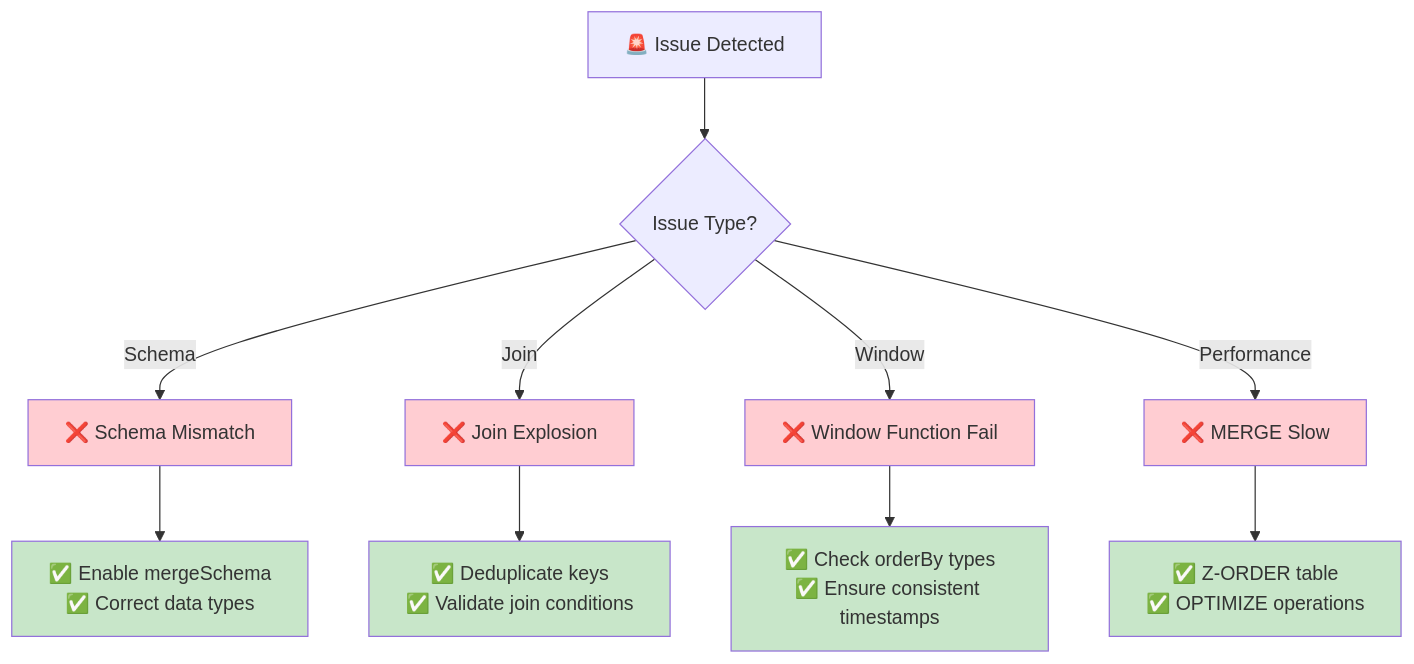
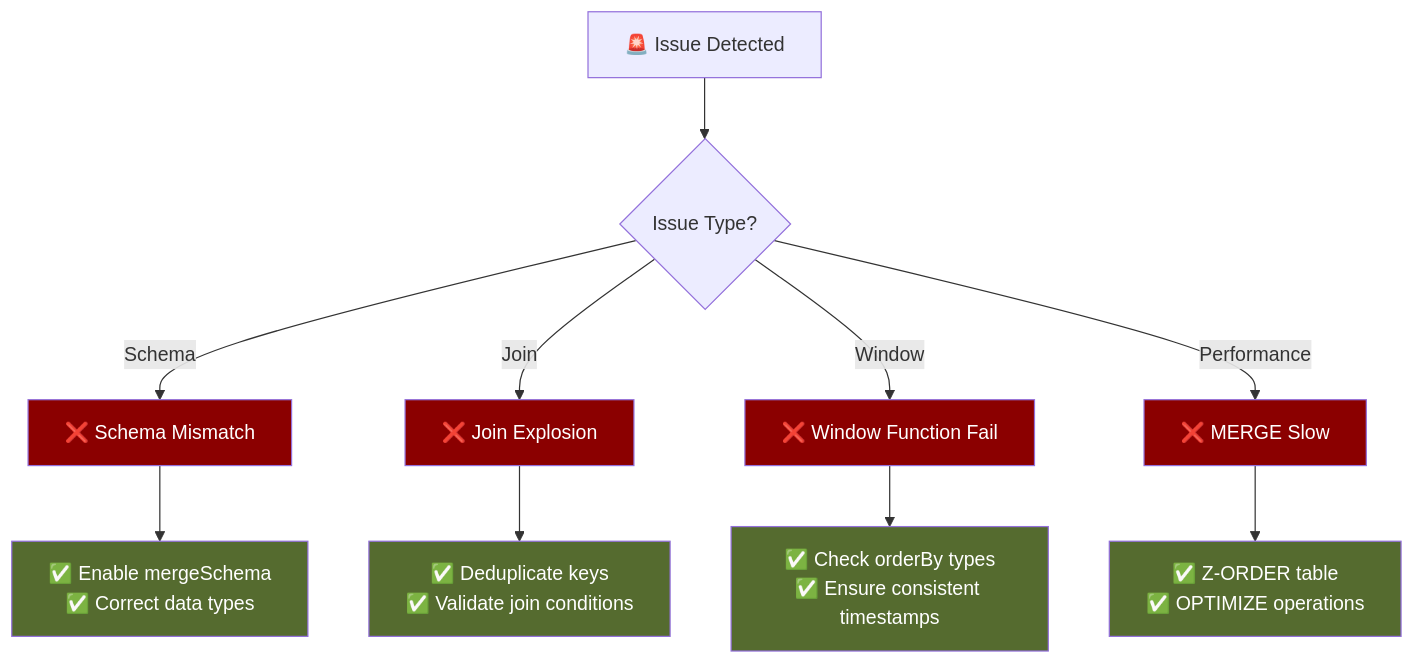
The eighth of 8 diagrams in week4/week4.md (mnclogenai/clogenai_academy_data_eng_training), drawn with Mermaid before and after one commit. The commit also changed other lines of this file, not shown here.

````diff
--- a/week4/week4.md
+++ b/week4/week4.md
@@ -447,23 +430,23 @@
 ```mermaid
 flowchart TD
     A["🚨 Issue Detected"] --> B{"Issue Type?"}
     
     B -->|Schema| C["❌ Schema Mismatch"]
     B -->|Join| D["❌ Join Explosion"]
     B -->|Window| E["❌ Window Function Fail"]
     B -->|Performance| F["❌ MERGE Slow"]
     
     C --> C1["✅ Enable mergeSchema<br/>✅ Correct data types"]
     D --> D1["✅ Deduplicate keys<br/>✅ Validate join conditions"]
     E --> E1["✅ Check orderBy types<br/>✅ Ensure consistent timestamps"]
     F --> F1["✅ Z-ORDER table<br/>✅ OPTIMIZE operations"]
     
-    style C fill:#ffcdd2
-    style D fill:#ffcdd2
-    style E fill:#ffcdd2
-    style F fill:#ffcdd2
-    style C1 fill:#c8e6c9
-    style D1 fill:#c8e6c9
-    style E1 fill:#c8e6c9
-    style F1 fill:#c8e6c9
+    style C fill:#8B0000,color:#fff
+    style D fill:#8B0000,color:#fff
+    style E fill:#8B0000,color:#fff
+    style F fill:#8B0000,color:#fff
+    style C1 fill:#556B2F,color:#fff
+    style D1 fill:#556B2F,color:#fff
+    style E1 fill:#556B2F,color:#fff
+    style F1 fill:#556B2F,color:#fff
 ```
````
